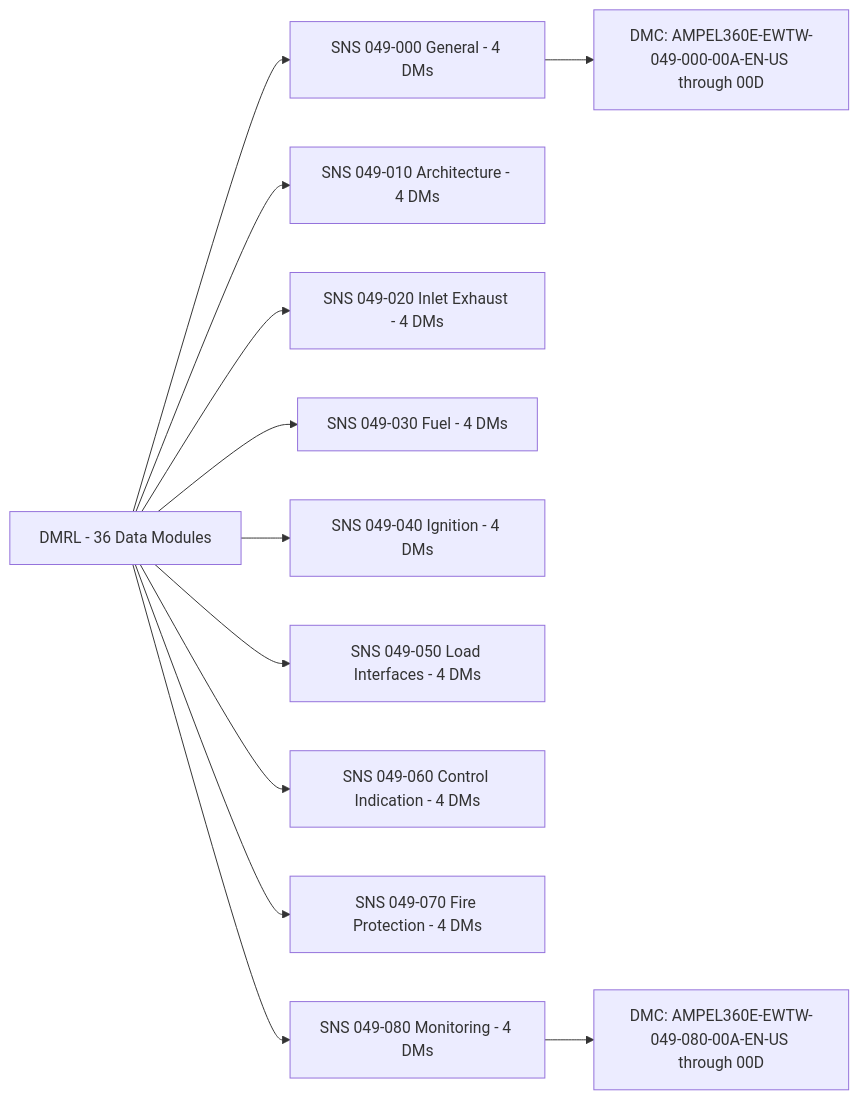
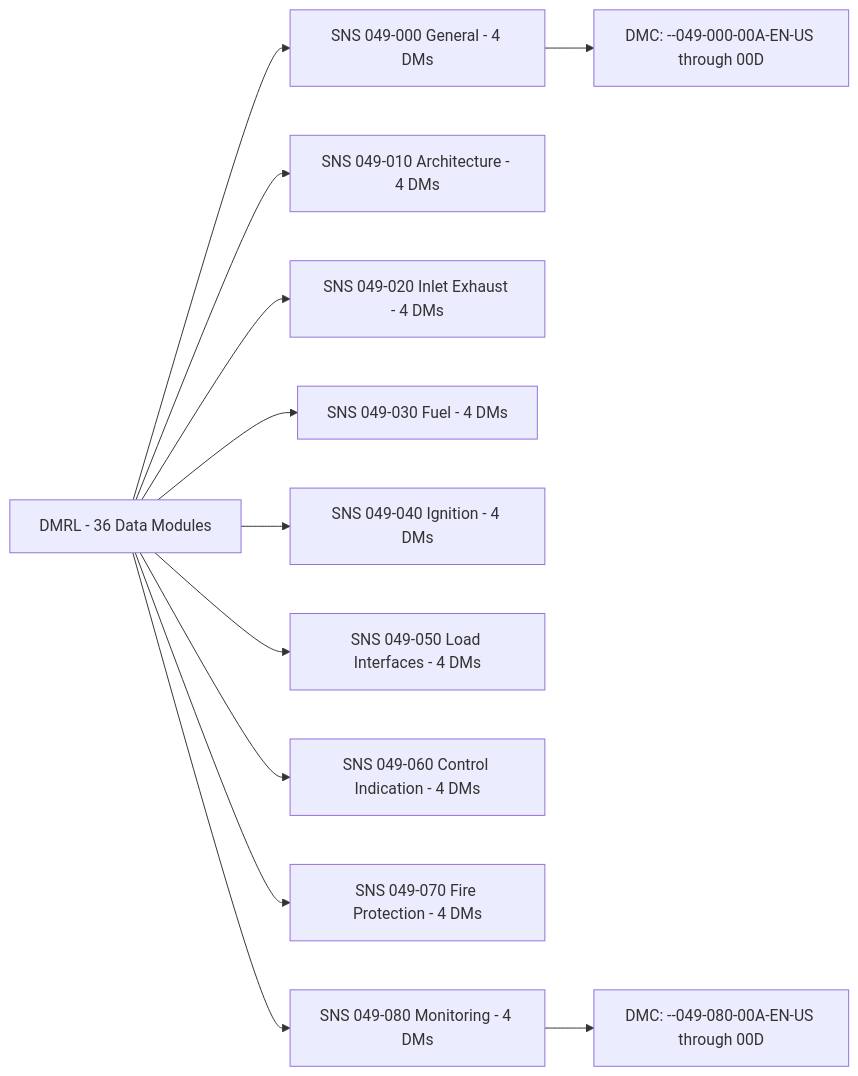
Before and after one commit to AmedeoPelliccia/Qplus-For-All-Queer-People-and-Quantum: the second of 3 diagrams in Q+ATLANTIDE/000-099_ATLAS/040-049_Avionica-Informacion-y-APU/049_Airborne-Auxiliary-Power/049-090-S1000D-CSDB-Mapping-and-Traceability.md, drawn with Mermaid. The commit also changed other lines of this file and 51 other files, not shown here.

First line of the commit message:
Generalize all 52 ATLAS S1000D-CSDB mapping files: remove AMPEL360E/eWTW/Programmes_example references, add scope: agnostic-standard, use generic DMC placeholders

````diff
--- a/Q+ATLANTIDE/000-099_ATLAS/040-049_Avionica-Informacion-y-APU/049_Airborne-Auxiliary-Power/049-090-S1000D-CSDB-Mapping-and-Traceability.md
+++ b/Q+ATLANTIDE/000-099_ATLAS/040-049_Avionica-Informacion-y-APU/049_Airborne-Auxiliary-Power/049-090-S1000D-CSDB-Mapping-and-Traceability.md
@@ -155,14 +156,14 @@
 ```mermaid
 graph LR
     DMRL["DMRL - 36 Data Modules"] --> SNS000["SNS 049-000 General - 4 DMs"]
     DMRL --> SNS010["SNS 049-010 Architecture - 4 DMs"]
     DMRL --> SNS020["SNS 049-020 Inlet Exhaust - 4 DMs"]
     DMRL --> SNS030["SNS 049-030 Fuel - 4 DMs"]
     DMRL --> SNS040["SNS 049-040 Ignition - 4 DMs"]
     DMRL --> SNS050["SNS 049-050 Load Interfaces - 4 DMs"]
     DMRL --> SNS060["SNS 049-060 Control Indication - 4 DMs"]
     DMRL --> SNS070["SNS 049-070 Fire Protection - 4 DMs"]
     DMRL --> SNS080["SNS 049-080 Monitoring - 4 DMs"]
-    SNS000 --> DMC_SCHEMA["DMC: AMPEL360E-EWTW-049-000-00A-EN-US through 00D"]
-    SNS080 --> DMC_SCHEMA_END["DMC: AMPEL360E-EWTW-049-080-00A-EN-US through 00D"]
+    SNS000 --> DMC_SCHEMA["DMC: <MODEL>-<SYSTEMDIFF>-049-000-00A-EN-US through 00D"]
+    SNS080 --> DMC_SCHEMA_END["DMC: <MODEL>-<SYSTEMDIFF>-049-080-00A-EN-US through 00D"]
 ```
````
